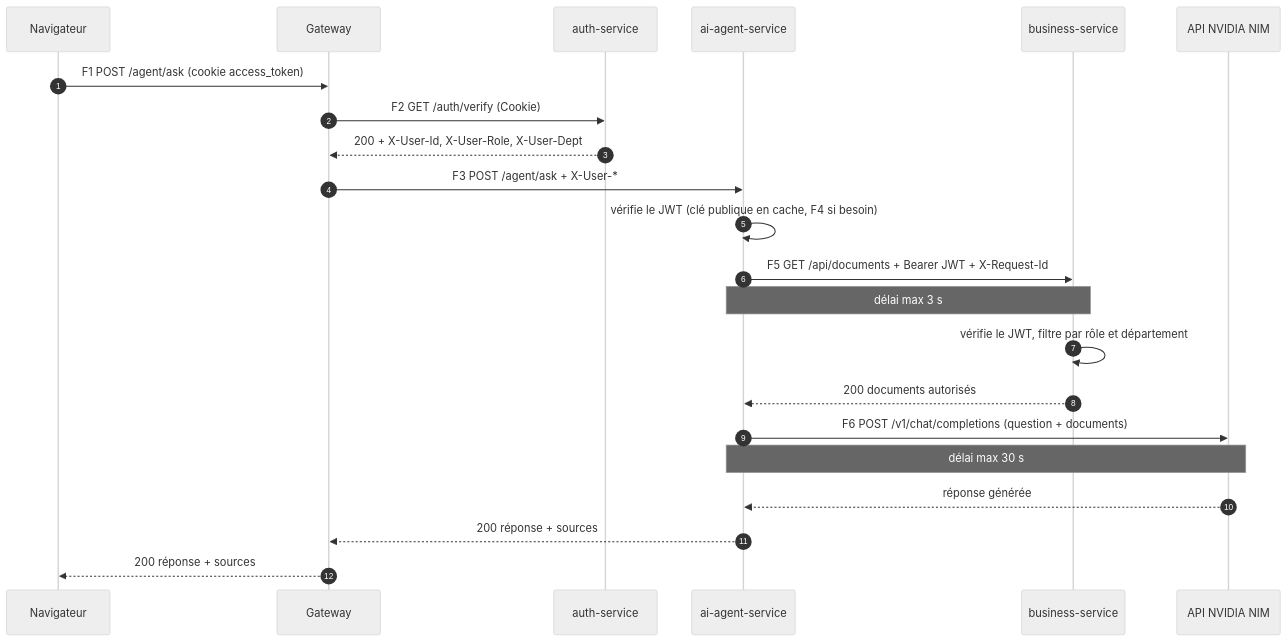
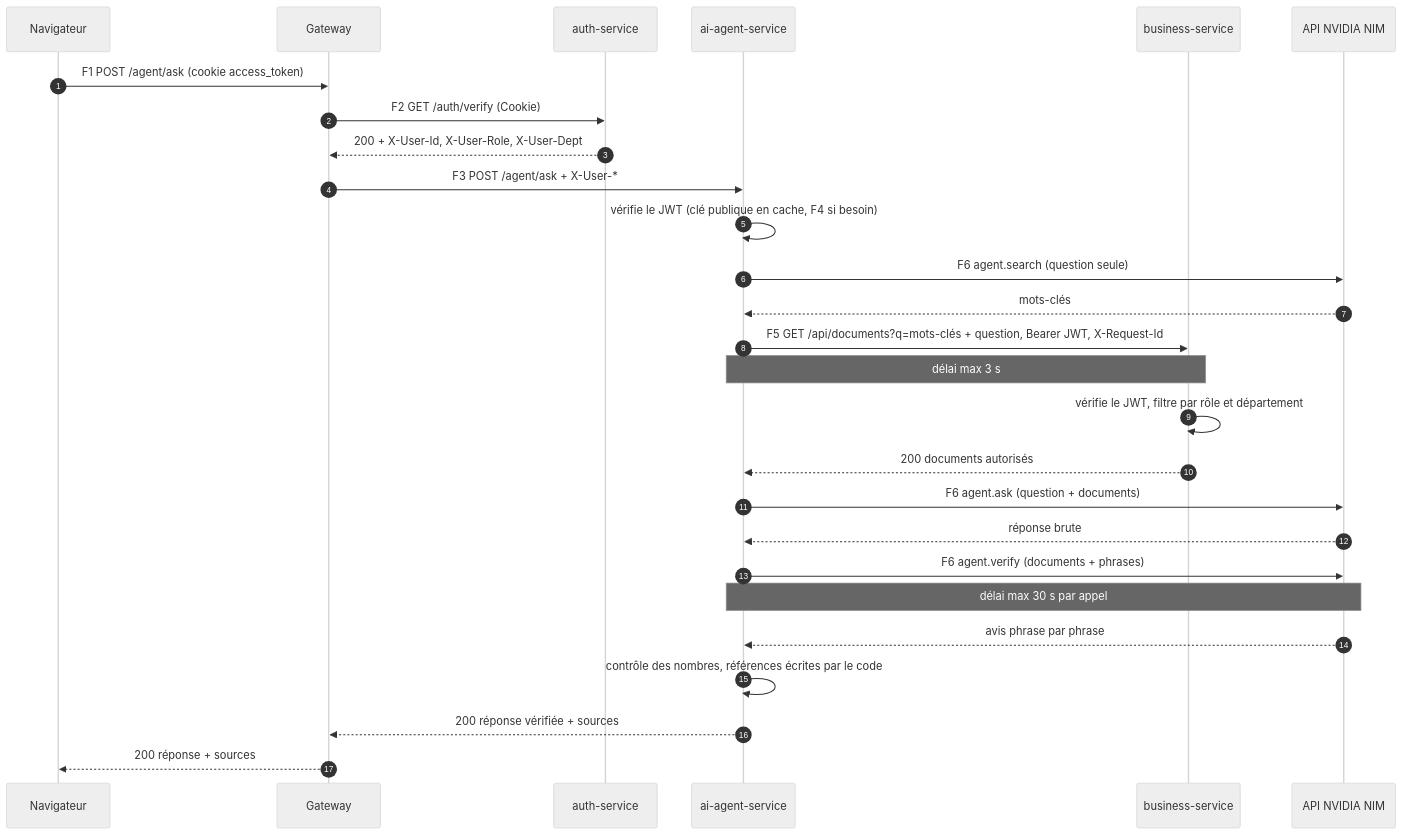
The diagram in docs/interconnexion.md (fraustiz/microservices-hub), drawn with Mermaid (neutral theme) before and after one commit. The commit also changed other lines of this file and 17 other files, not shown here.

First line of the commit message:
feat(agent): chaîne de prompts recherche, réponse, vérification

````diff
--- a/docs/interconnexion.md
+++ b/docs/interconnexion.md
@@ -163,24 +164,29 @@
 ```mermaid
 sequenceDiagram
   autonumber
   participant B as Navigateur
   participant G as Gateway
   participant A as auth-service
   participant I as ai-agent-service
   participant S as business-service
   participant M as API NVIDIA NIM
   B->>G: F1 POST /agent/ask (cookie access_token)
   G->>A: F2 GET /auth/verify (Cookie)
   A-->>G: 200 + X-User-Id, X-User-Role, X-User-Dept
   G->>I: F3 POST /agent/ask + X-User-*
   I->>I: vérifie le JWT (clé publique en cache, F4 si besoin)
-  I->>S: F5 GET /api/documents + Bearer JWT + X-Request-Id
+  I->>M: F6 agent.search (question seule)
+  M-->>I: mots-clés
+  I->>S: F5 GET /api/documents?q=mots-clés + question, Bearer JWT, X-Request-Id
   Note over I,S: délai max 3 s
   S->>S: vérifie le JWT, filtre par rôle et département
   S-->>I: 200 documents autorisés
-  I->>M: F6 POST /v1/chat/completions (question + documents)
-  Note over I,M: délai max 30 s
-  M-->>I: réponse générée
-  I-->>G: 200 réponse + sources
+  I->>M: F6 agent.ask (question + documents)
+  M-->>I: réponse brute
+  I->>M: F6 agent.verify (documents + phrases)
+  Note over I,M: délai max 30 s par appel
+  M-->>I: avis phrase par phrase
+  I->>I: contrôle des nombres, références écrites par le code
+  I-->>G: 200 réponse vérifiée + sources
   G-->>B: 200 réponse + sources
 ```
````
